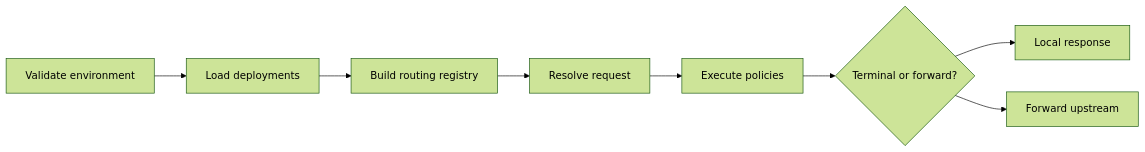
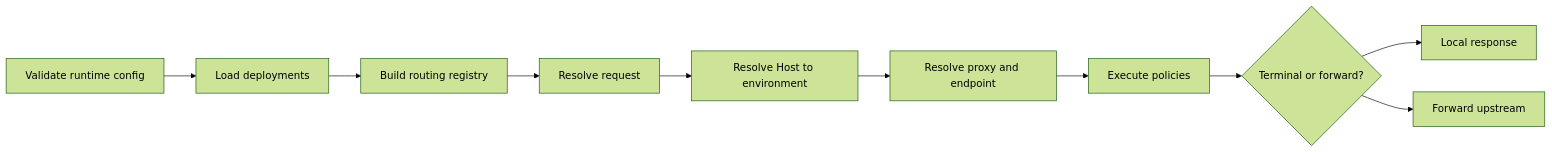
Before and after one commit to c4rl0s04/api-gateway-platform: the diagram in docs/03-packages/gateway-core.md, drawn with Mermaid (forest theme). The commit also changed other lines of this file and 26 other files, not shown here.

````diff
--- a/docs/03-packages/gateway-core.md
+++ b/docs/03-packages/gateway-core.md
@@ -47,10 +47,12 @@
 ```mermaid
 flowchart LR
-    ENV["Validate environment"] --> LOAD["Load deployments"]
+    ENV["Validate runtime config"] --> LOAD["Load deployments"]
     LOAD --> REGISTRY["Build routing registry"]
     REGISTRY --> REQUEST["Resolve request"]
-    REQUEST --> PIPELINE["Execute policies"]
+    REQUEST --> HOST["Resolve Host to environment"]
+    HOST --> ROUTE["Resolve proxy and endpoint"]
+    ROUTE --> PIPELINE["Execute policies"]
     PIPELINE --> RESULT{"Terminal or forward?"}
     RESULT --> LOCAL["Local response"]
     RESULT --> FORWARD["Forward upstream"]
 ```
````
